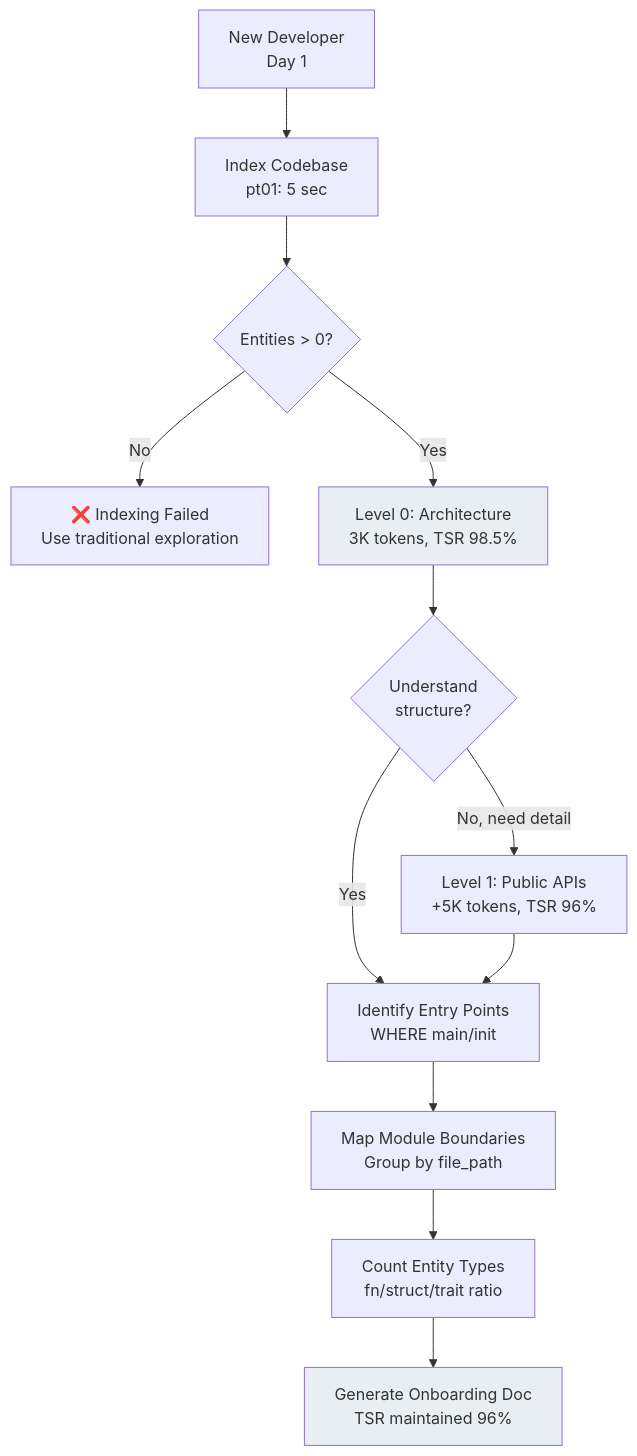
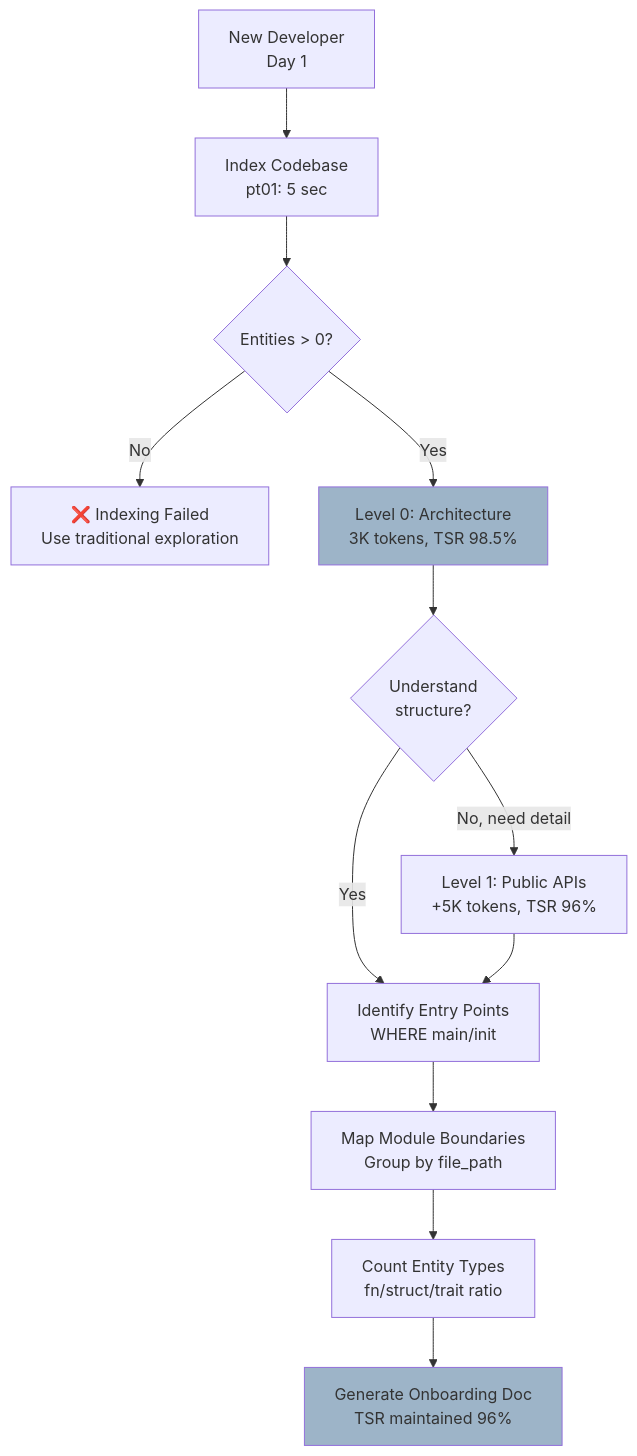
Before and after one commit to that-in-rust/parseltongue: the third of 8 diagrams in .claude/parseltongue-ultrathink.md, drawn with Mermaid. The commit also changed other lines of this file, not shown here.

````diff
--- a/.claude/parseltongue-ultrathink.md
+++ b/.claude/parseltongue-ultrathink.md
@@ -164,17 +164,17 @@
   ```mermaid
   flowchart TD
       A[New Developer<br/>Day 1] --> B[Index Codebase<br/>pt01: 5 sec]
       B --> C{Entities > 0?}
       C -->|No| FAIL[❌ Indexing Failed<br/>Use traditional exploration]
       C -->|Yes| D[Level 0: Architecture<br/>3K tokens, TSR 98.5%]
       D --> E{Understand<br/>structure?}
       E -->|No, need detail| F[Level 1: Public APIs<br/>+5K tokens, TSR 96%]
       E -->|Yes| G[Identify Entry Points<br/>WHERE main/init]
       F --> G
       G --> H[Map Module Boundaries<br/>Group by file_path]
       H --> I[Count Entity Types<br/>fn/struct/trait ratio]
       I --> J[Generate Onboarding Doc<br/>TSR maintained 96%]
 
-      style D fill:#E8EEF2
-      style J fill:#E8EEF2
+      style D fill:#9DB4C8
+      style J fill:#9DB4C8
   ```
````
